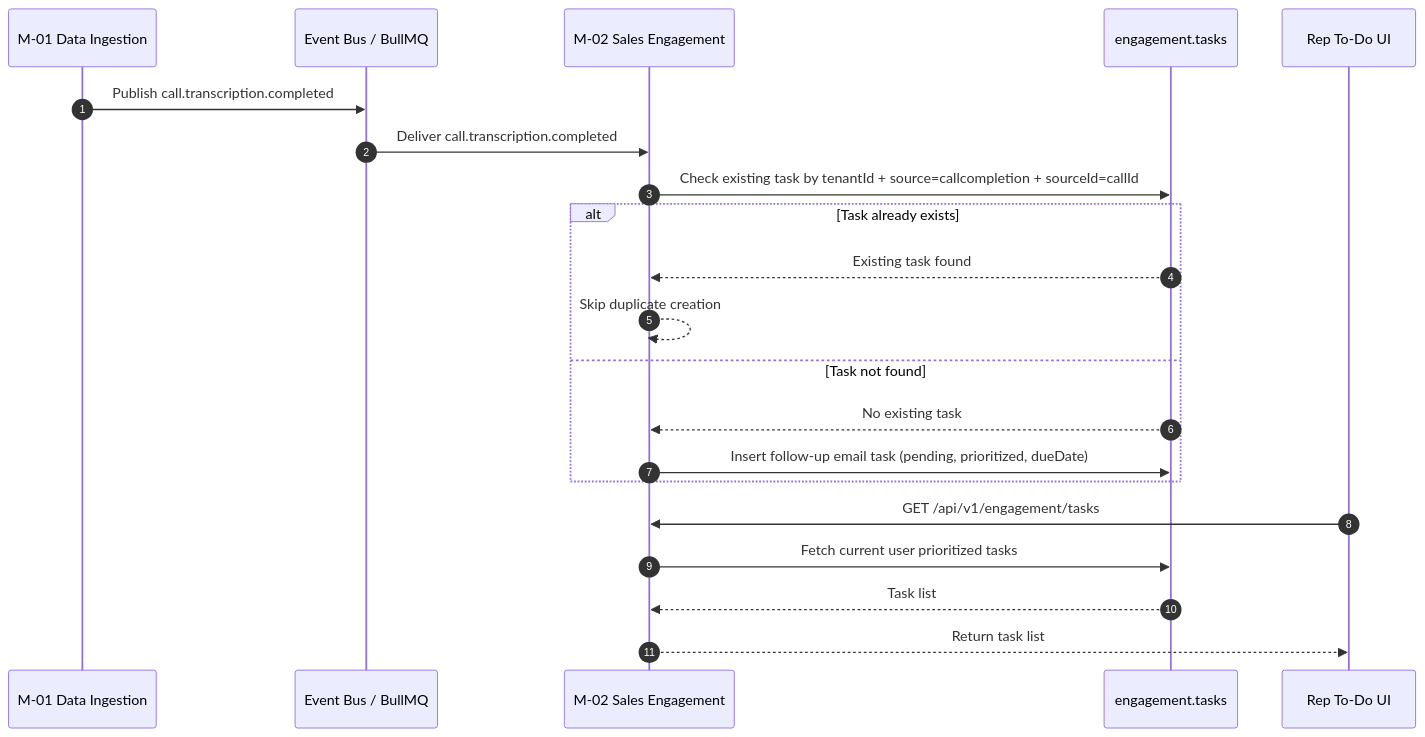
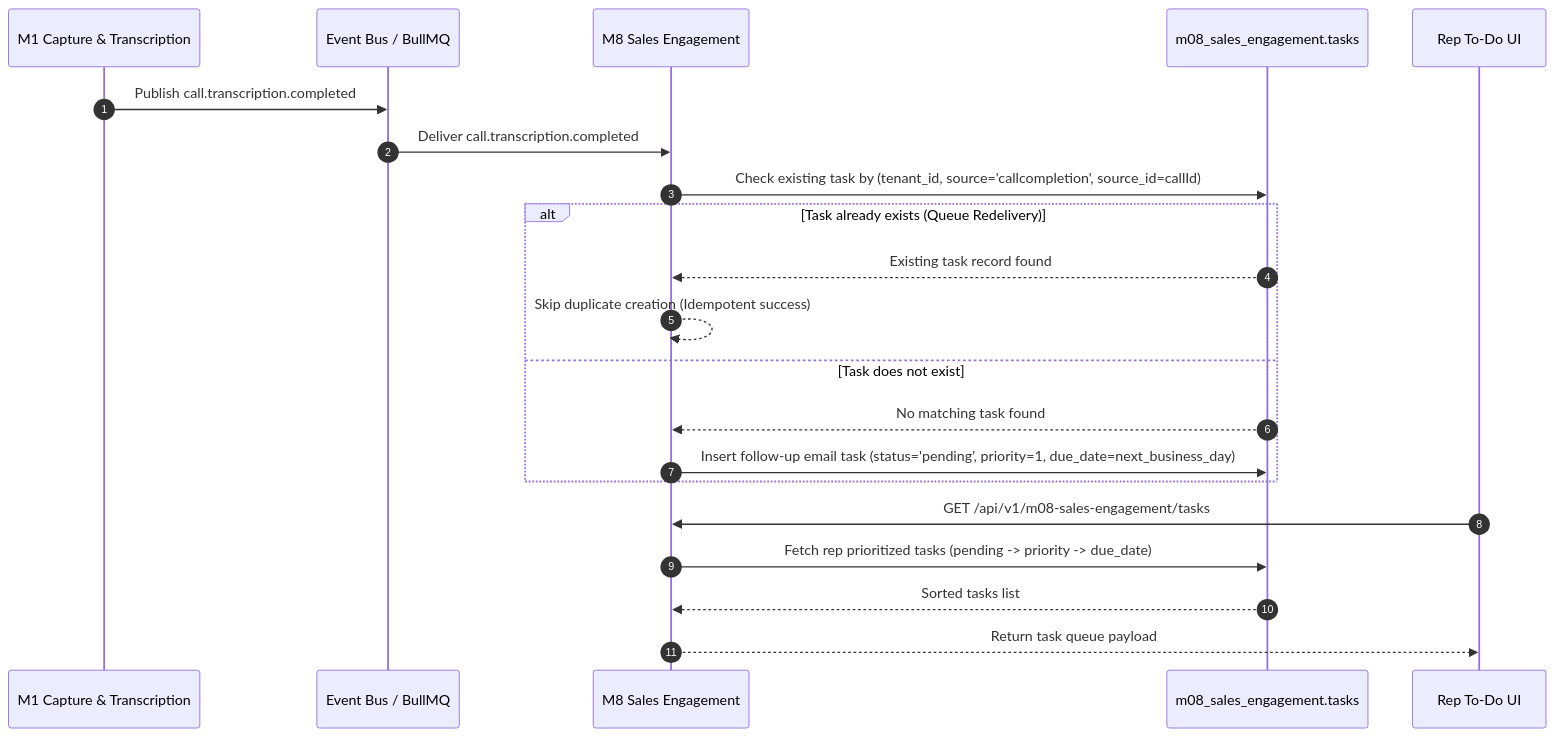
One commit to PoojaTiwari09/FB-and-RP-Fixes changed the first of 5 diagrams in Reference documents/M8 Sales Engagement/Sequence Diagrams M8 flows.md. Above: the diagram before and after it, drawn with Mermaid. The commit also changed other lines of this file and 79 other files, not shown here.

````diff
--- a/Reference documents/M8 Sales Engagement/Sequence Diagrams M8 flows.md
+++ b/Reference documents/M8 Sales Engagement/Sequence Diagrams M8 flows.md
@@ -36,24 +34,24 @@
 ```mermaid
 sequenceDiagram
     autonumber
-    participant M01 as M-01 Data Ingestion
+    participant M1 as M1 Capture & Transcription
     participant BUS as Event Bus / BullMQ
-    participant M02 as M-02 Sales Engagement
-    participant DB as engagement.tasks
+    participant M8 as M8 Sales Engagement
+    participant DB as m08_sales_engagement.tasks
     participant UI as Rep To-Do UI
 
-    M01->>BUS: Publish call.transcription.completed
-    BUS->>M02: Deliver call.transcription.completed
-    M02->>DB: Check existing task by tenantId + source=callcompletion + sourceId=callId
-    alt Task already exists
-        DB-->>M02: Existing task found
-        M02-->>M02: Skip duplicate creation
-    else Task not found
-        DB-->>M02: No existing task
-        M02->>DB: Insert follow-up email task (pending, prioritized, dueDate)
+    M1->>BUS: Publish call.transcription.completed
+    BUS->>M8: Deliver call.transcription.completed
+    M8->>DB: Check existing task by (tenant_id, source='callcompletion', source_id=callId)
+    alt Task already exists (Queue Redelivery)
+        DB-->>M8: Existing task record found
+        M8-->>M8: Skip duplicate creation (Idempotent success)
+    else Task does not exist
+        DB-->>M8: No matching task found
+        M8->>DB: Insert follow-up email task (status='pending', priority=1, due_date=next_business_day)
     end
-    UI->>M02: GET /api/v1/engagement/tasks
-    M02->>DB: Fetch current user prioritized tasks
-    DB-->>M02: Task list
-    M02-->>UI: Return task list
+    UI->>M8: GET /api/v1/m08-sales-engagement/tasks
+    M8->>DB: Fetch rep prioritized tasks (pending -> priority -> due_date)
+    DB-->>M8: Sorted tasks list
+    M8-->>UI: Return task queue payload
 ```
````
